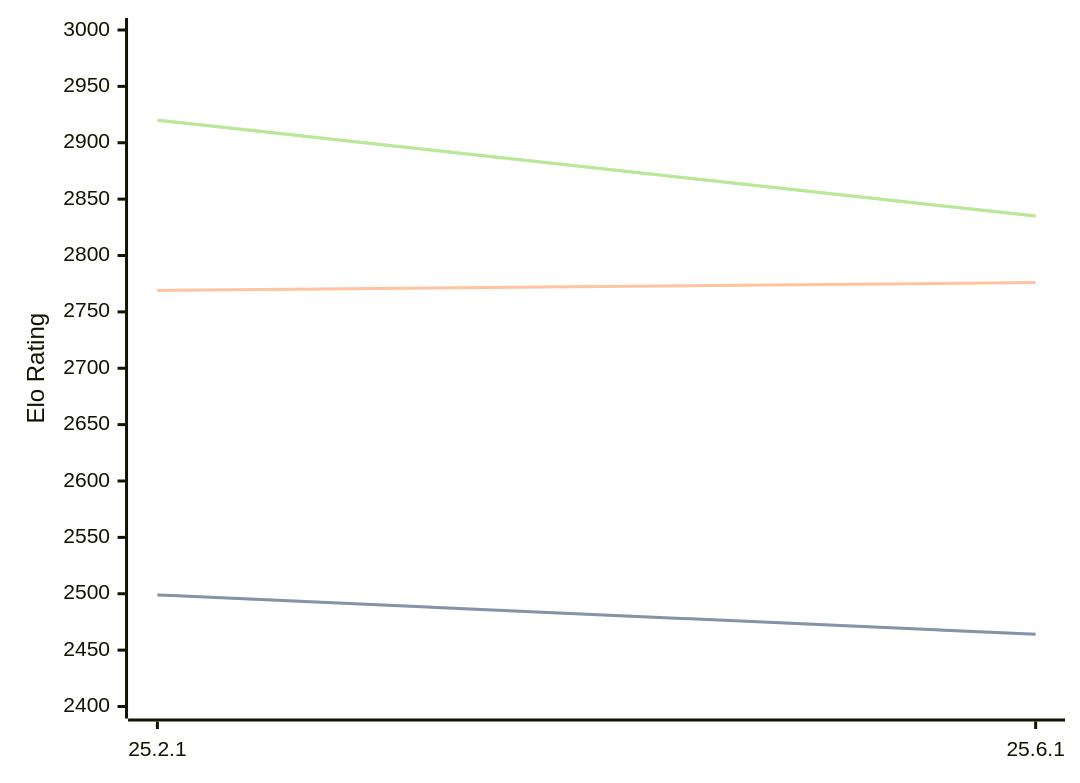
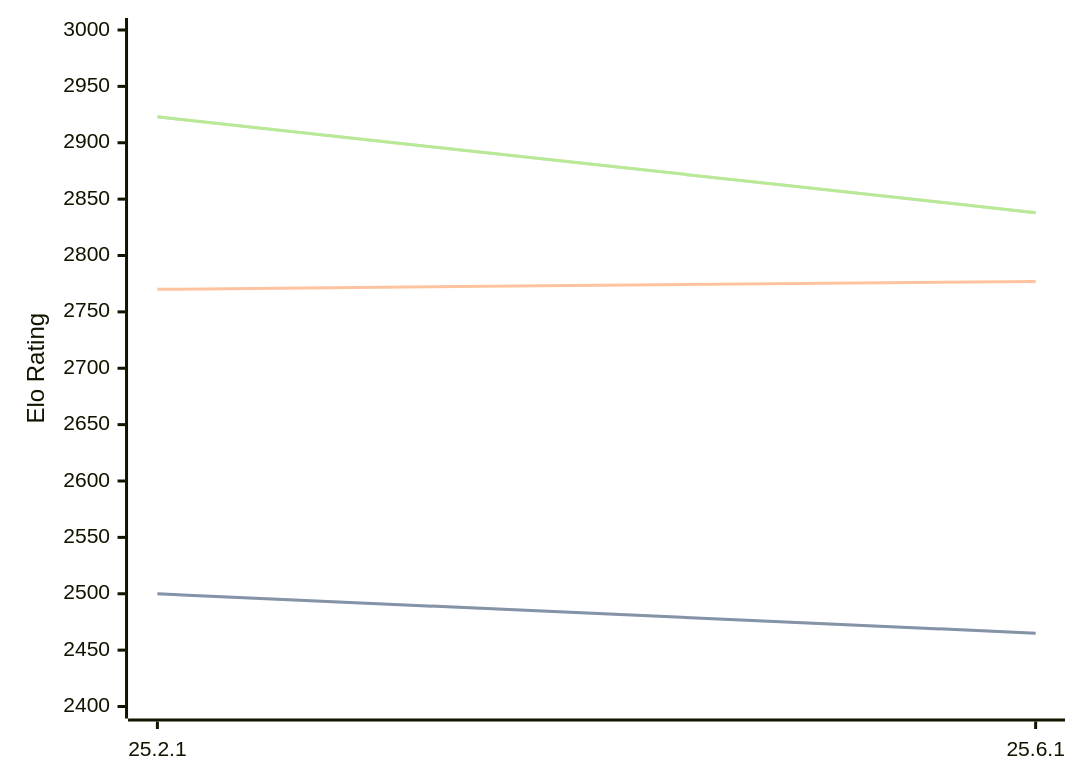
Before and after one commit to computer-chess-index/cci: the diagram in engines/Crafty.md, drawn with Mermaid. The commit also changed other lines of this file, not shown here.

Commit message:
Update CCI Ratings (ELO VLTC) - 2026-08-09

````diff
--- a/engines/Crafty.md
+++ b/engines/Crafty.md
@@ -32,11 +32,11 @@
 ```mermaid
 %%{init: {"theme":"base","themeVariables":{"seriesColors:['#a3a3a3','#222221','#faa371']}}}%%
 xychart-beta
   x-axis ["25.2.1", "25.6.1"]
   y-axis "Elo Rating" 2400 --> 3000
-  line "STC (8.0+0.08s)" [2499, 2464]
-  line "STC (8.0+0.08s)" [2499, 2464]
-  line "LTC (60.0+0.60s)" [2769, 2776]
-  line "VLTC (2m24s+1.12s)" [2920, 2835]
-  line "VLTC (2m24s+1.12s)" [2920, 2835]
+  line "STC (8.0+0.08s)" [2500, 2465]
+  line "STC (8.0+0.08s)" [2500, 2465]
+  line "LTC (60.0+0.60s)" [2770, 2777]
+  line "VLTC (2m24s+1.12s)" [2923, 2838]
+  line "VLTC (2m24s+1.12s)" [2923, 2838]
 ```
````
